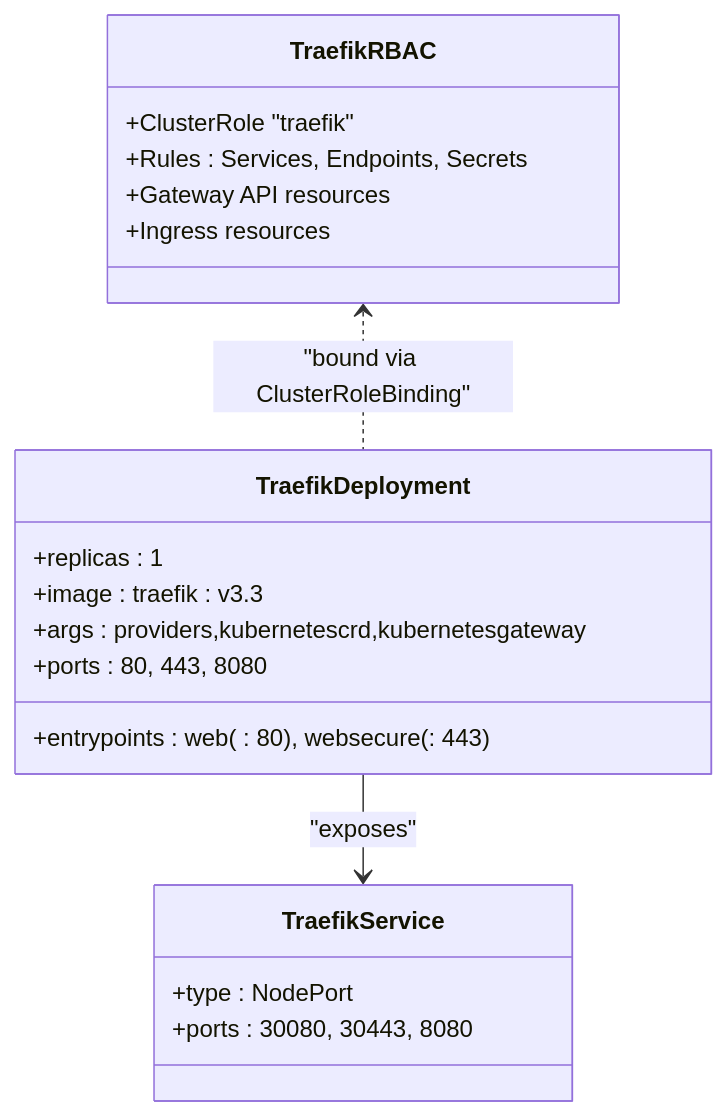
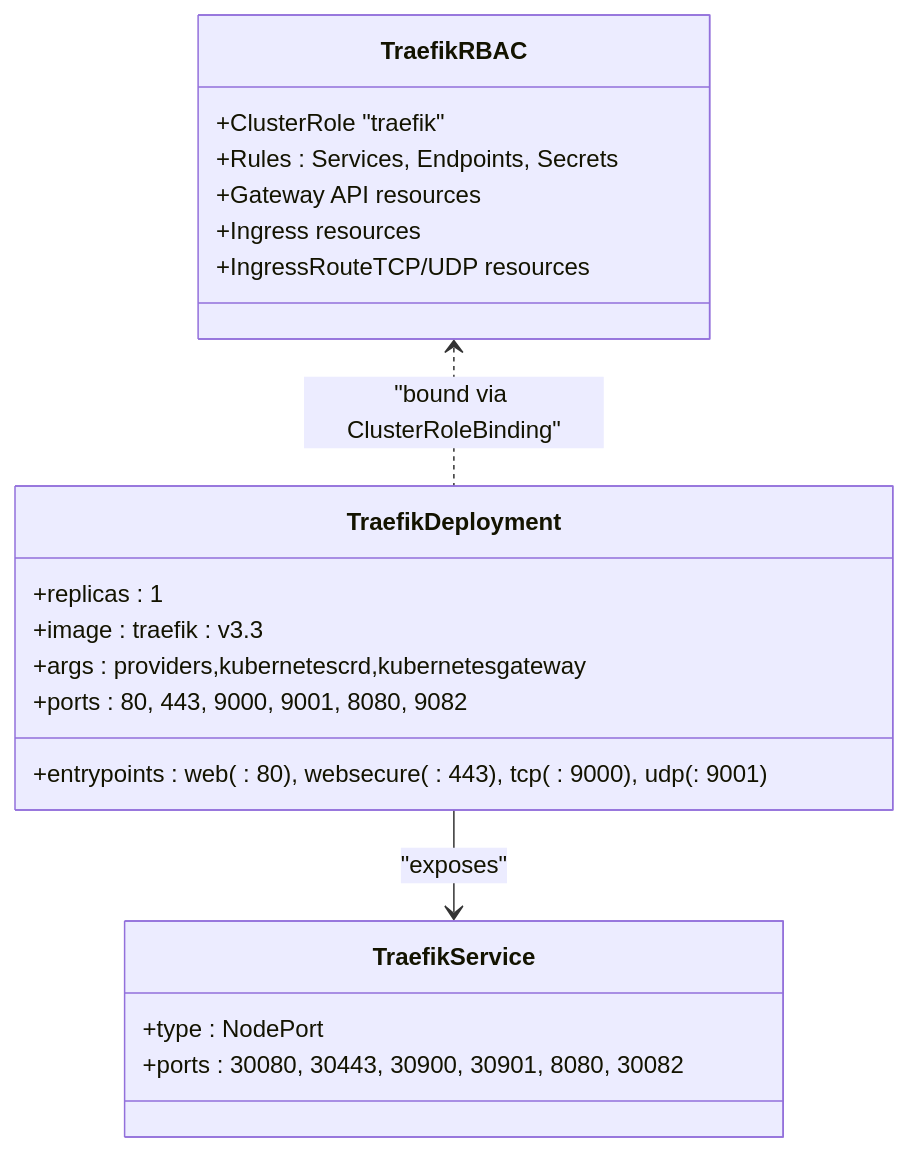
The fifth of 8 diagrams in .qoder/repowiki/en/content/Advanced Topics/Advanced Networking Configurations.md (Hoangvu75/k8s_manifest), drawn with Mermaid before and after one commit. The commit also changed other lines of this file and 7 other files, not shown here.

First line of the commit message:
fix: add Traefik CRDs (IngressRouteTCP, IngressRouteUDP, etc.)

````diff
--- a/.qoder/repowiki/en/content/Advanced Topics/Advanced Networking Configurations.md
+++ b/.qoder/repowiki/en/content/Advanced Topics/Advanced Networking Configurations.md
@@ -221,22 +273,23 @@
 ```mermaid
 classDiagram
 class TraefikRBAC {
 +ClusterRole "traefik"
 +Rules : Services, Endpoints, Secrets
 +Gateway API resources
 +Ingress resources
++IngressRouteTCP/UDP resources
 }
 class TraefikDeployment {
 +replicas : 1
 +image : traefik : v3.3
 +args : providers,kubernetescrd,kubernetesgateway
-+entrypoints : web( : 80), websecure( : 443)
-+ports : 80, 443, 8080
++entrypoints : web( : 80), websecure( : 443), tcp( : 9000), udp( : 9001)
++ports : 80, 443, 9000, 9001, 8080, 9082
 }
 class TraefikService {
 +type : NodePort
-+ports : 30080, 30443, 8080
++ports : 30080, 30443, 30900, 30901, 8080, 30082
 }
 TraefikRBAC <.. TraefikDeployment : "bound via ClusterRoleBinding"
 TraefikDeployment --> TraefikService : "exposes"
 ```
````
